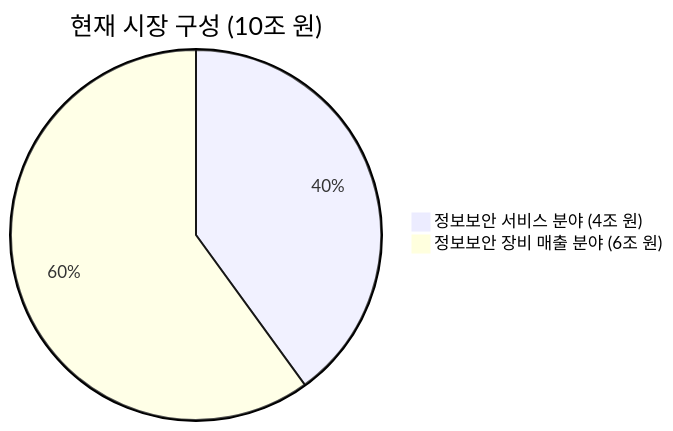
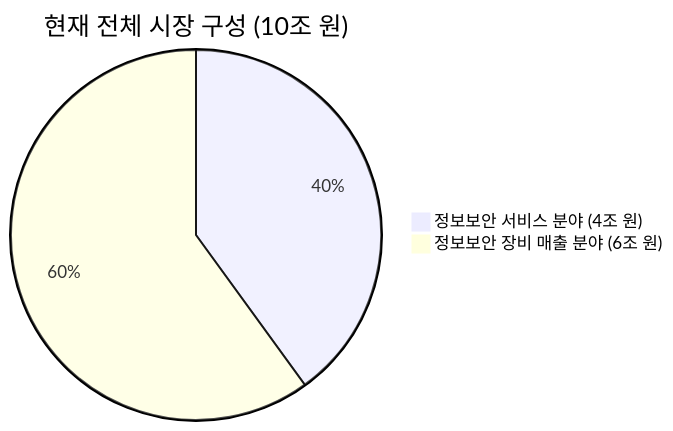
One commit to QubitSecurity/Market changed the third of 4 diagrams in kr/forecast.md. Above: the diagram before and after it, drawn with Mermaid. The commit also changed other lines of this file, not shown here.

````diff
--- a/kr/forecast.md
+++ b/kr/forecast.md
@@ -133,5 +137,5 @@
 ```mermaid
-pie title 현재 시장 구성 (10조 원)
+pie title 현재 전체 시장 구성 (10조 원)
     "정보보안 서비스 분야 (4조 원)" : 40
     "정보보안 장비 매출 분야 (6조 원)" : 60
 ```
````
